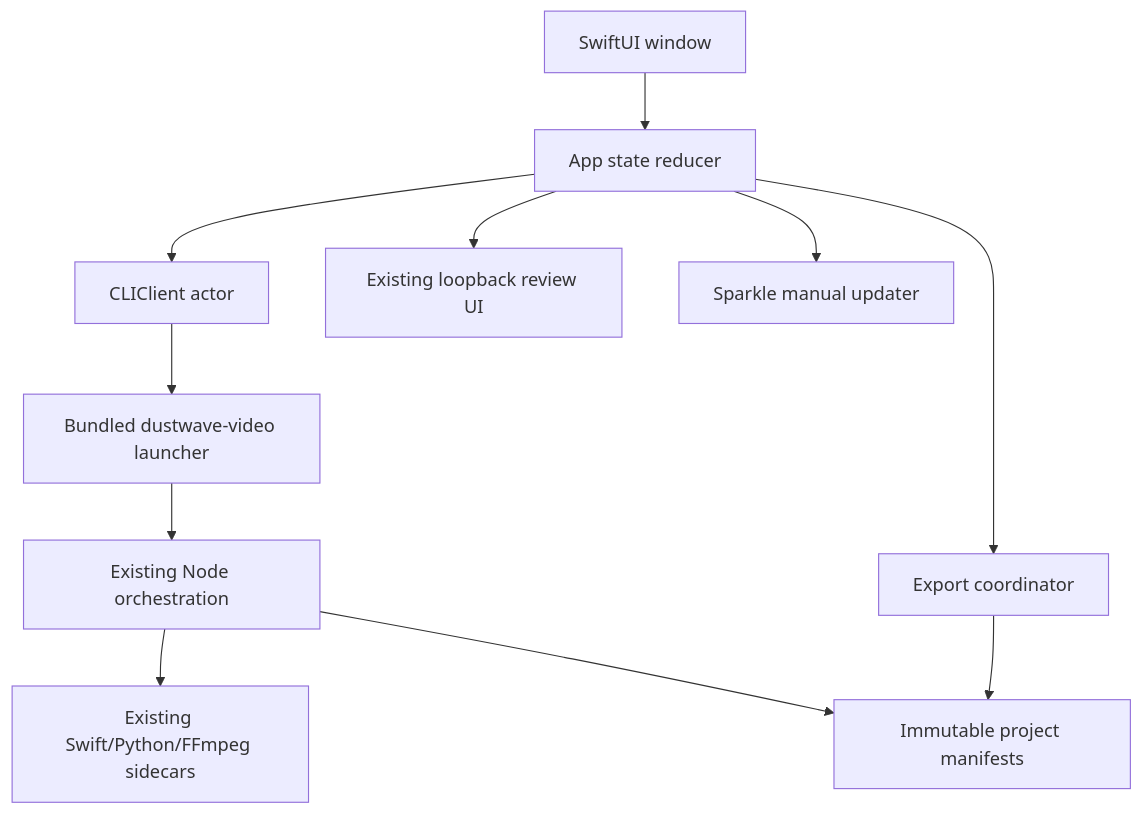
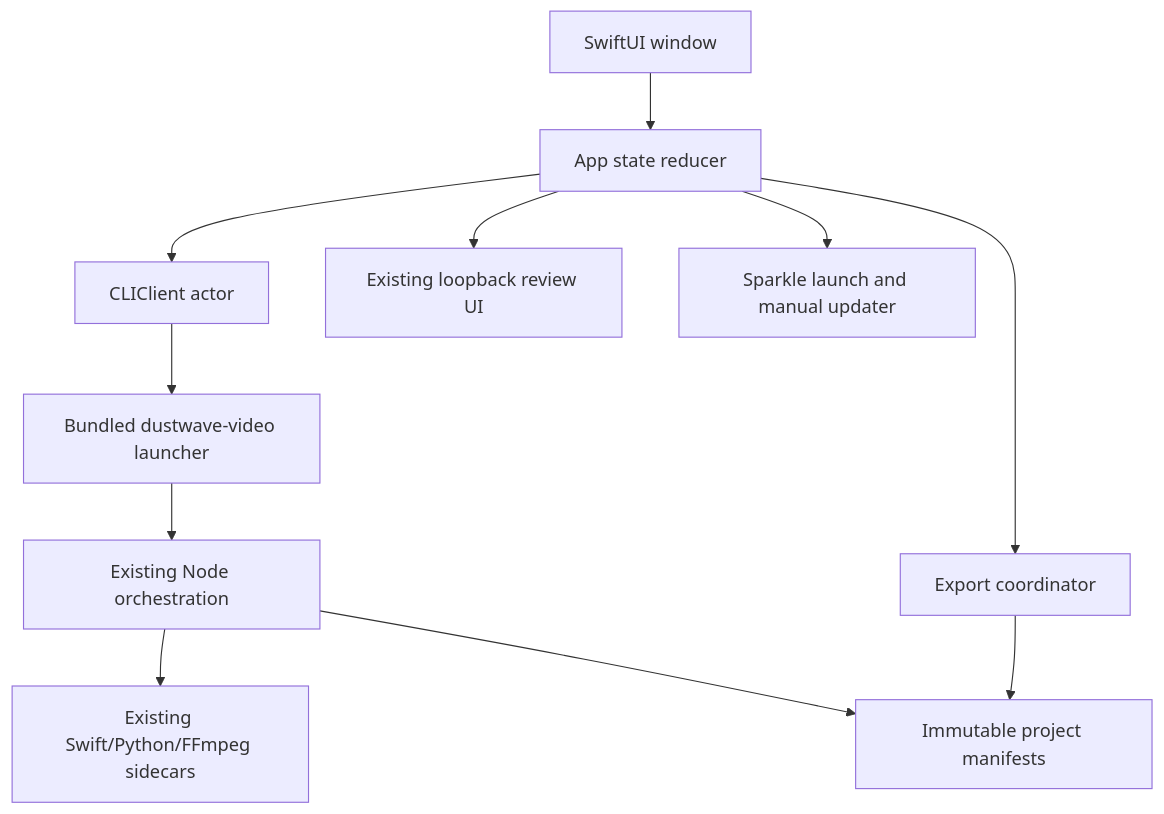
One commit to aindaco1/podcast-visualizer changed the diagram in docs/macos-app-rc-plan.md. Above: the diagram before and after it, drawn with Mermaid. The commit also changed other lines of this file and 14 other files, not shown here.

````diff
--- a/docs/macos-app-rc-plan.md
+++ b/docs/macos-app-rc-plan.md
@@ -46,13 +46,13 @@
 ```mermaid
 flowchart TD
     A["SwiftUI window"] --> B["App state reducer"]
     B --> C["CLIClient actor"]
     C --> D["Bundled dustwave-video launcher"]
     D --> E["Existing Node orchestration"]
     E --> F["Existing Swift/Python/FFmpeg sidecars"]
     E --> G["Immutable project manifests"]
     B --> H["Existing loopback review UI"]
     B --> I["Export coordinator"]
     I --> G
-    B --> J["Sparkle manual updater"]
+    B --> J["Sparkle launch and manual updater"]
 ```
````
